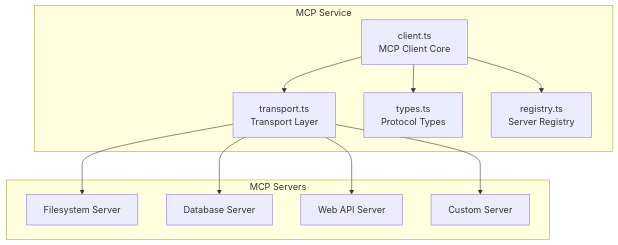
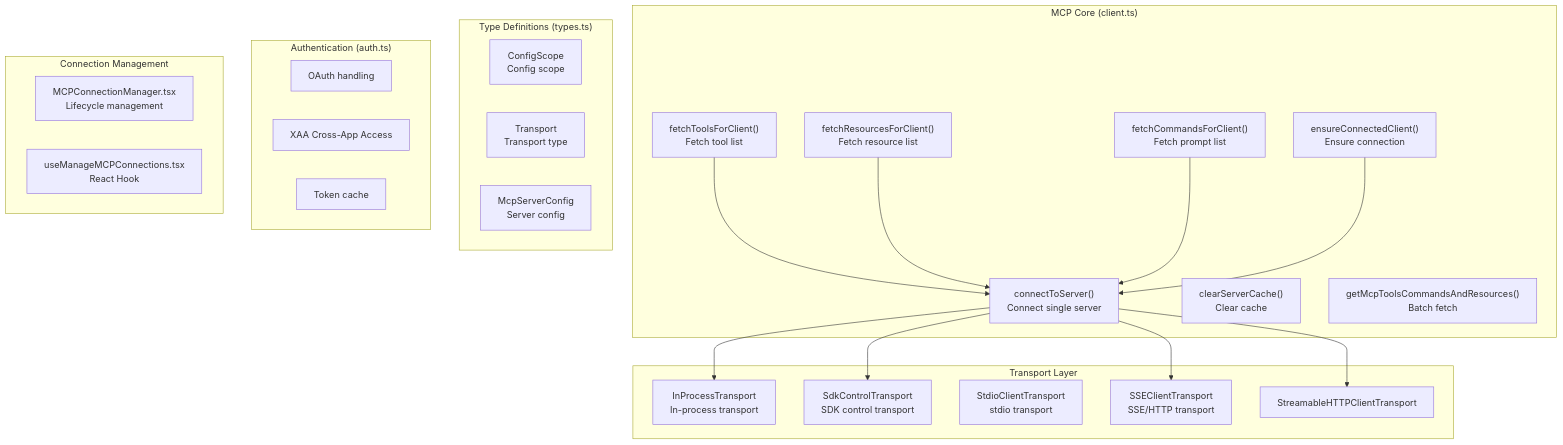
Before and after one commit to niuma996/claude-code-sourcemap-wiki: the first of 3 diagrams in .nium-wiki/wiki_en/services/mcp.md, drawn with Mermaid. The commit also changed other lines of this file and 19 other files, not shown here.

````diff
--- a/.nium-wiki/wiki_en/services/mcp.md
+++ b/.nium-wiki/wiki_en/services/mcp.md
@@ -15,22 +15,46 @@
 ```mermaid
 flowchart TB
-    subgraph MCPServices["MCP Service"]
-        Client["client.ts<br/>MCP Client Core"]
-        Transport["transport.ts<br/>Transport Layer"]
-        Types["types.ts<br/>Protocol Types"]
-        Registry["registry.ts<br/>Server Registry"]
+    subgraph MCPCore["MCP Core (client.ts)"]
+        connectToServer["connectToServer()<br/>Connect single server"]
+        ensureConnectedClient["ensureConnectedClient()<br/>Ensure connection"]
+        clearServerCache["clearServerCache()<br/>Clear cache"]
+        fetchToolsForClient["fetchToolsForClient()<br/>Fetch tool list"]
+        fetchResourcesForClient["fetchResourcesForClient()<br/>Fetch resource list"]
+        fetchCommandsForClient["fetchCommandsForClient()<br/>Fetch prompt list"]
+        getMcpToolsCommandsAndResources["getMcpToolsCommandsAndResources()<br/>Batch fetch"]
     end
-    subgraph MCPServers["MCP Servers"]
-        FileSystem["Filesystem Server"]
-        Database["Database Server"]
-        WebAPI["Web API Server"]
-        Custom["Custom Server"]
+
+    subgraph MCPTypes["Type Definitions (types.ts)"]
+        ConfigScope["ConfigScope<br/>Config scope"]
+        Transport["Transport<br/>Transport type"]
+        McpServerConfig["McpServerConfig<br/>Server config"]
     end
-    Client --> Transport
-    Client --> Types
-    Client --> Registry
-    Transport --> FileSystem
-    Transport --> Database
-    Transport --> WebAPI
-    Transport --> Custom
+
+    subgraph MCPTransport["Transport Layer"]
+        InProcessTransport["InProcessTransport<br/>In-process transport"]
+        SdkControlTransport["SdkControlTransport<br/>SDK control transport"]
+        StdioClientTransport["StdioClientTransport<br/>stdio transport"]
+        SSEClientTransport["SSEClientTransport<br/>SSE/HTTP transport"]
+        StreamableHTTP["StreamableHTTPClientTransport"]
+    end
+
+    subgraph MCPAuth["Authentication (auth.ts)"]
+        OAuth["OAuth handling"]
+        XAA["XAA Cross-App Access"]
+        TokenCache["Token cache"]
+    end
+
+    subgraph MCPManager["Connection Management"]
+        MCPConnectionManager["MCPConnectionManager.tsx<br/>Lifecycle management"]
+        useManageMCPConnections["useManageMCPConnections.tsx<br/>React Hook"]
+    end
+
+    connectToServer --> InProcessTransport
+    connectToServer --> SdkControlTransport
+    connectToServer --> SSEClientTransport
+    connectToServer --> StreamableHTTP
+    fetchToolsForClient --> connectToServer
+    fetchResourcesForClient --> connectToServer
+    fetchCommandsForClient --> connectToServer
+    ensureConnectedClient --> connectToServer
 ```
````
